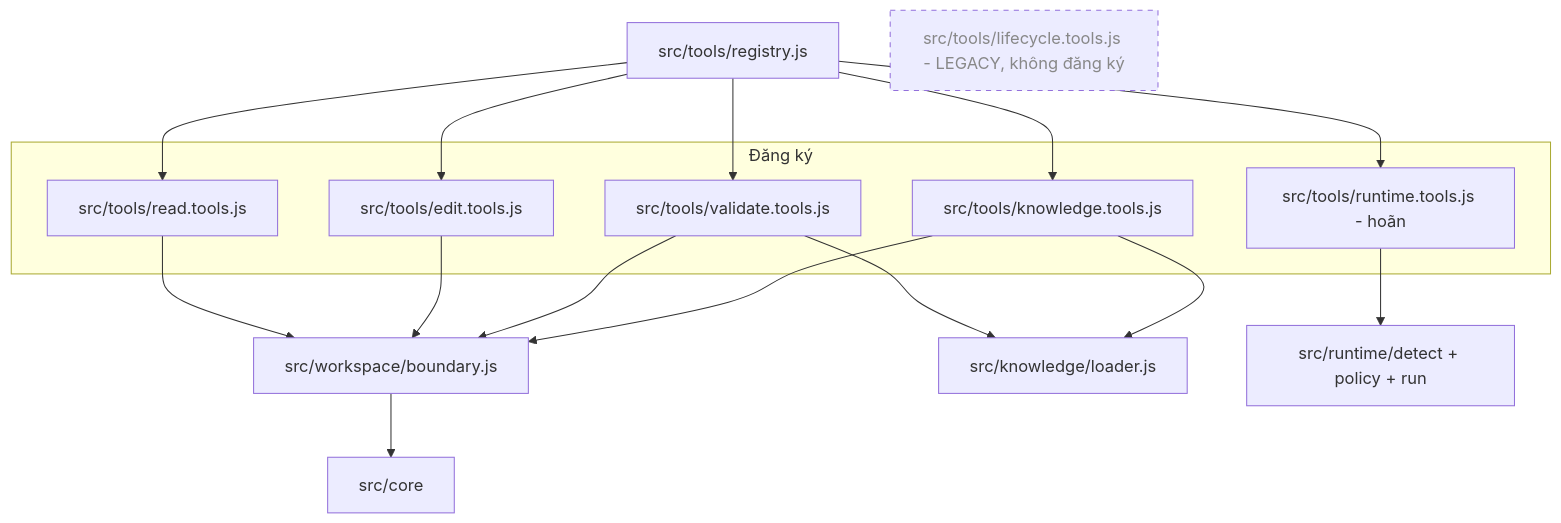
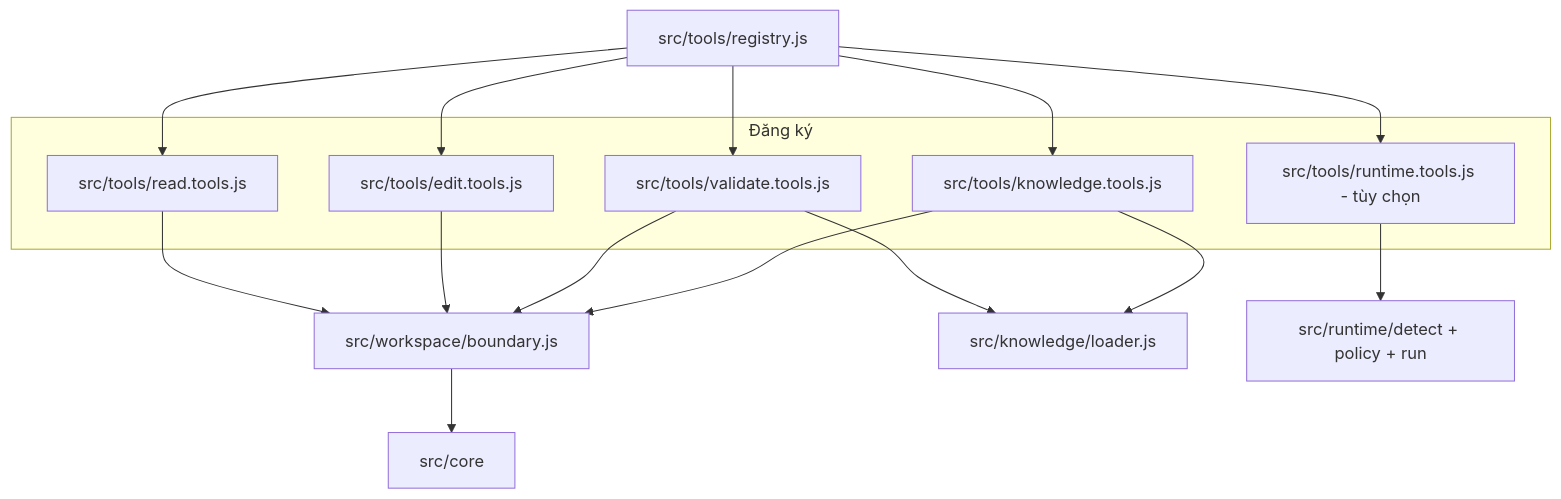
Before and after one commit to TumRoyall/pentaho-mcp-server: the second of 3 diagrams in docs/architecture.md, drawn with Mermaid. The commit also changed other lines of this file and 10 other files, not shown here.

````diff
--- a/docs/architecture.md
+++ b/docs/architecture.md
@@ -53,25 +52,23 @@
 ```mermaid
 flowchart TB
     subgraph Tools_registered[Đăng ký]
     READ[src/tools/read.tools.js]
     EDIT[src/tools/edit.tools.js]
     VAL[src/tools/validate.tools.js]
     KNOW[src/tools/knowledge.tools.js]
-    RUN[src/tools/runtime.tools.js - hoãn]
+    RUN[src/tools/runtime.tools.js - tùy chọn]
     end
     REG[src/tools/registry.js] --> READ
     REG --> EDIT
     REG --> VAL
     REG --> KNOW
     REG --> RUN
     READ --> BND[src/workspace/boundary.js]
     EDIT --> BND
     VAL --> BND
     KNOW --> BND
     BND --> CORE[src/core]
     VAL --> KLOAD[src/knowledge/loader.js]
     KNOW --> KLOAD
     RUN --> RDET[src/runtime/detect + policy + run]
-    LIFE[src/tools/lifecycle.tools.js - LEGACY, không đăng ký]:::legacy
-    classDef legacy stroke-dasharray: 5 5,color:#888;
 ```
````
